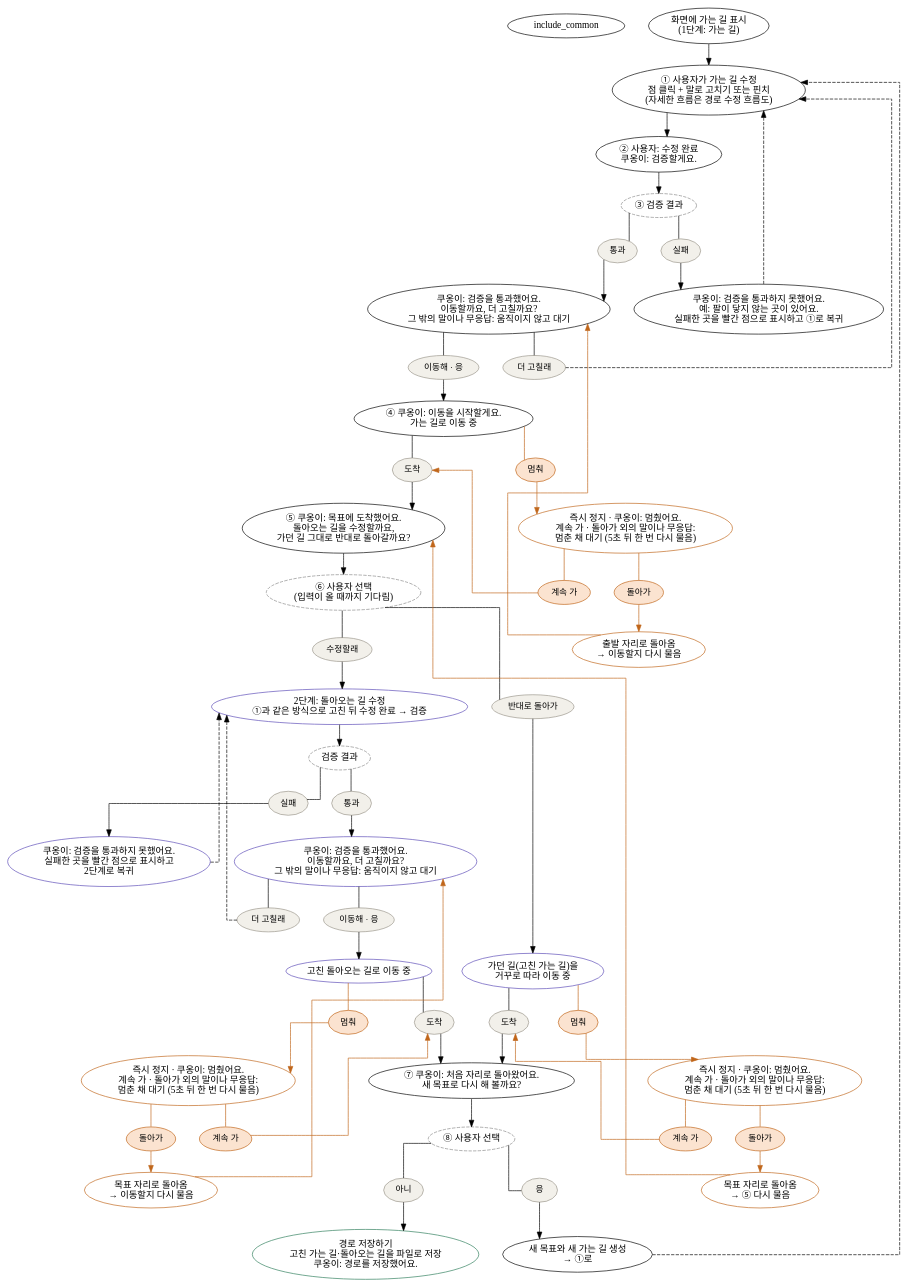
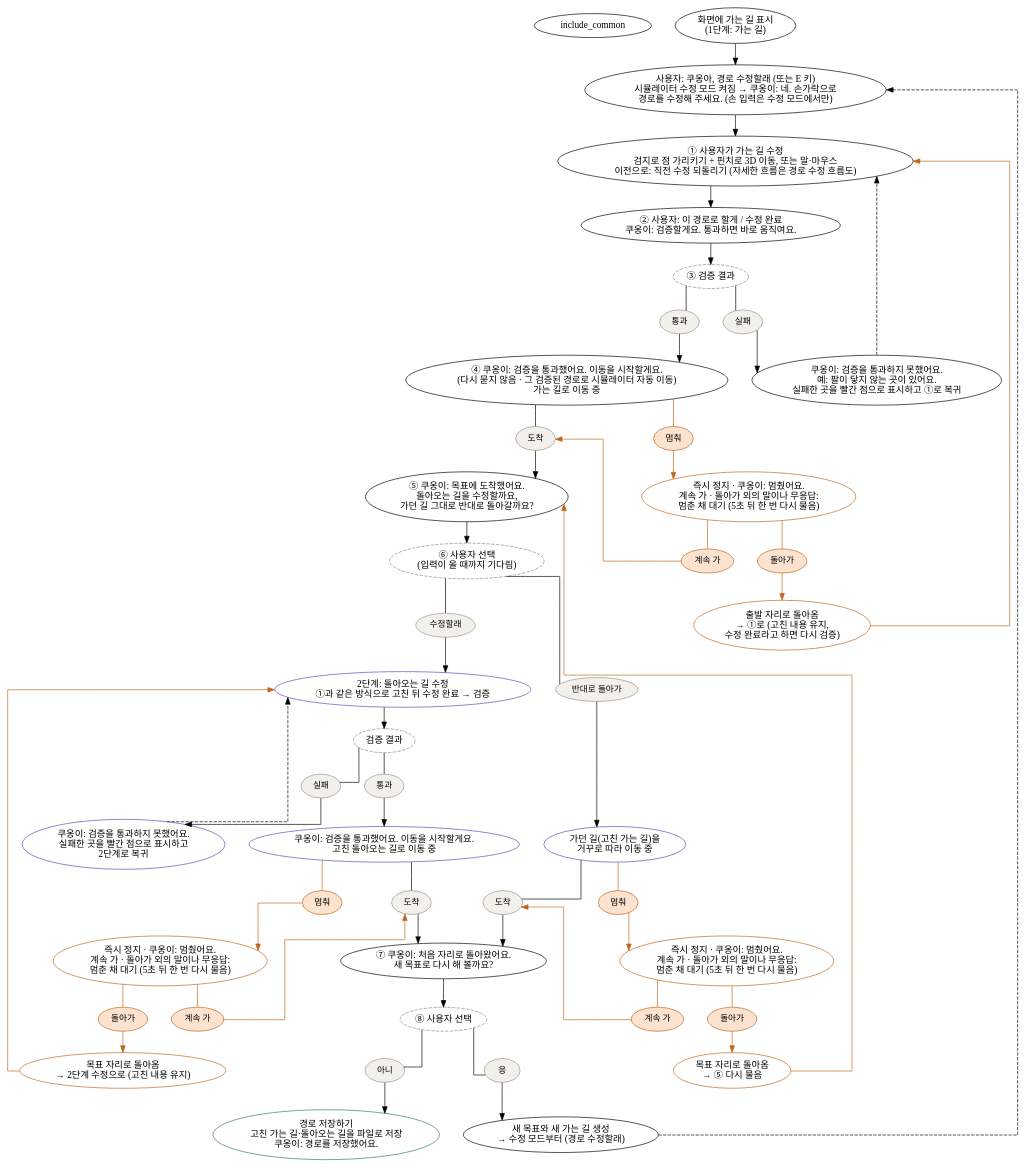
One commit to jaemin0319/ChatKHU changed the diagram in docs/flow/flow1_overall.dot. Above: the diagram before and after it, drawn with Graphviz. The commit also changed 13 other files, not shown here.

First line of the commit message:
Docs: setup / calibration / run / field tests for ~/pinch_khu_ws, new flow diagrams

```diff
--- a/docs/flow/flow1_overall.dot
+++ b/docs/flow/flow1_overall.dot
@@ -1,89 +1,80 @@
 digraph G {
   include_common
   graph [splines=ortho, nodesep=0.5, ranksep=0.45];
   start [label="화면에 가는 길 표시\n(1단계: 가는 길)"];
-  edit1 [label="① 사용자가 가는 길 수정\n점 클릭 + 말로 고치기 또는 핀치\n(자세한 흐름은 경로 수정 흐름도)"];
-  done1 [label="② 사용자: 수정 완료\n쿠옹이: 검증할게요."];
+  mode1 [label="사용자: 쿠옹아, 경로 수정할래 (또는 E 키)\n시뮬레이터 수정 모드 켜짐 → 쿠옹이: 네. 손가락으로\n경로를 수정해 주세요. (손 입력은 수정 모드에서만)"];
+  edit1 [label="① 사용자가 가는 길 수정\n검지로 점 가리키기 + 핀치로 3D 이동, 또는 말·마우스\n이전으로: 직전 수정 되돌리기 (자세한 흐름은 경로 수정 흐름도)"];
+  done1 [label="② 사용자: 이 경로로 할게 / 수정 완료\n쿠옹이: 검증할게요. 통과하면 바로 움직여요."];
   v1 [label="③ 검증 결과", style="rounded,dashed", fillcolor="white", color="#888888"];
   f1 [label="쿠옹이: 검증을 통과하지 못했어요.\n예: 팔이 닿지 않는 곳이 있어요.\n실패한 곳을 빨간 점으로 표시하고 ①로 복귀"];
-  ok1 [label="쿠옹이: 검증을 통과했어요.\n이동할까요, 더 고칠까요?\n그 밖의 말이나 무응답: 움직이지 않고 대기"];
-  m1 [label="④ 쿠옹이: 이동을 시작할게요.\n가는 길로 이동 중"];
+  m1 [label="④ 쿠옹이: 검증을 통과했어요. 이동을 시작할게요.\n(다시 묻지 않음 · 그 검증된 경로로 시뮬레이터 자동 이동)\n가는 길로 이동 중"];
   ask1 [label="⑤ 쿠옹이: 목표에 도착했어요.\n돌아오는 길을 수정할까요,\n가던 길 그대로 반대로 돌아갈까요?"];
   c1 [label="⑥ 사용자 선택\n(입력이 올 때까지 기다림)", style="rounded,dashed", fillcolor="white", color="#888888"];
   rev [label="가던 길(고친 가는 길)을\n거꾸로 따라 이동 중", fillcolor="#EEEBFB", color="#5B4BB7"];
   edit2 [label="2단계: 돌아오는 길 수정\n①과 같은 방식으로 고친 뒤 수정 완료 → 검증", fillcolor="#EEEBFB", color="#5B4BB7"];
   v2c [label="검증 결과", style="rounded,dashed", fillcolor="white", color="#888888"];
   f2 [label="쿠옹이: 검증을 통과하지 못했어요.\n실패한 곳을 빨간 점으로 표시하고\n2단계로 복귀", fillcolor="#EEEBFB", color="#5B4BB7"];
-  ok2 [label="쿠옹이: 검증을 통과했어요.\n이동할까요, 더 고칠까요?\n그 밖의 말이나 무응답: 움직이지 않고 대기", fillcolor="#EEEBFB", color="#5B4BB7"];
-  v2 [label="고친 돌아오는 길로 이동 중", fillcolor="#EEEBFB", color="#5B4BB7"];
+  v2 [label="쿠옹이: 검증을 통과했어요. 이동을 시작할게요.\n고친 돌아오는 길로 이동 중", fillcolor="#EEEBFB", color="#5B4BB7"];
   ask2 [label="⑦ 쿠옹이: 처음 자리로 돌아왔어요.\n새 목표로 다시 해 볼까요?"];
   c2 [label="⑧ 사용자 선택", style="rounded,dashed", fillcolor="white", color="#888888"];
-  newt [label="새 목표와 새 가는 길 생성\n→ ①로"];
+  newt [label="새 목표와 새 가는 길 생성\n→ 수정 모드부터 (경로 수정할래)"];
   save [label="경로 저장하기\n고친 가는 길·돌아오는 길을 파일로 저장\n쿠옹이: 경로를 저장했어요.", fillcolor="#E6F4EE", color="#2E7D5B"];
 
   node [fillcolor="#FDF0E6", color="#C0661A"];
   sA [label="즉시 정지 · 쿠옹이: 멈췄어요.\n계속 가 · 돌아가 외의 말이나 무응답:\n멈춘 채 대기 (5초 뒤 한 번 다시 물음)"];
-  bA [label="출발 자리로 돌아옴\n→ 이동할지 다시 물음"];
+  bA [label="출발 자리로 돌아옴\n→ ①로 (고친 내용 유지,\n수정 완료라고 하면 다시 검증)"];
   sB [label="즉시 정지 · 쿠옹이: 멈췄어요.\n계속 가 · 돌아가 외의 말이나 무응답:\n멈춘 채 대기 (5초 뒤 한 번 다시 물음)"];
   bB [label="목표 자리로 돌아옴\n→ ⑤ 다시 물음"];
   sC [label="즉시 정지 · 쿠옹이: 멈췄어요.\n계속 가 · 돌아가 외의 말이나 무응답:\n멈춘 채 대기 (5초 뒤 한 번 다시 물음)"];
-  bC [label="목표 자리로 돌아옴\n→ 이동할지 다시 물음"];
+  bC [label="목표 자리로 돌아옴\n→ 2단계 수정으로 (고친 내용 유지)"];
 
   node [style="rounded,filled", fillcolor="#F2F0EA", color="#9A968C", fontsize=13, margin="0.15,0.06", penwidth=1];
   p_fail [label="실패"]; p_pass [label="통과"]; p_fail2 [label="실패"]; p_pass2 [label="통과"];
   p_a1 [label="도착"]; p_a2 [label="도착"]; p_a3 [label="도착"];
   p_rev [label="반대로 돌아가"]; p_edit [label="수정할래"];
   p_yes [label="응"]; p_no [label="아니"];
-  p_go1 [label="이동해 · 응"]; p_more1 [label="더 고칠래"];
-  p_go2 [label="이동해 · 응"]; p_more2 [label="더 고칠래"];
   node [fillcolor="#FBE3D0", color="#C0661A"];
   p_s1 [label="멈춰"]; p_s2 [label="멈춰"]; p_s3 [label="멈춰"];
   aF [label="계속 가"]; aB [label="돌아가"];
   bF [label="계속 가"]; bBk [label="돌아가"];
   cF [label="계속 가"]; cBk [label="돌아가"];
 
-  start -> edit1 -> done1 -> v1;
-  v1 -> p_pass [arrowhead=none]; p_pass -> ok1;
-  ok1 -> p_go1 [arrowhead=none]; p_go1 -> m1;
-  ok1 -> p_more1 [arrowhead=none]; p_more1 -> edit1 [style=dashed, constraint=false];
+  start -> mode1 -> edit1 -> done1 -> v1;
+  v1 -> p_pass [arrowhead=none]; p_pass -> m1;
   v1 -> p_fail [arrowhead=none]; p_fail -> f1;
   f1 -> edit1 [style=dashed];
   m1 -> p_a1 [arrowhead=none]; p_a1 -> ask1;
   ask1 -> c1;
   c1 -> p_rev [arrowhead=none]; p_rev -> rev;
   c1 -> p_edit [arrowhead=none]; p_edit -> edit2 -> v2c;
-  v2c -> p_pass2 [arrowhead=none]; p_pass2 -> ok2;
-  ok2 -> p_go2 [arrowhead=none]; p_go2 -> v2;
-  ok2 -> p_more2 [arrowhead=none]; p_more2 -> edit2 [style=dashed, constraint=false];
+  v2c -> p_pass2 [arrowhead=none]; p_pass2 -> v2;
   v2c -> p_fail2 [arrowhead=none]; p_fail2 -> f2;
   f2 -> edit2 [style=dashed, constraint=false];
   rev -> p_a2 [arrowhead=none]; p_a2 -> ask2;
   v2 -> p_a3 [arrowhead=none]; p_a3 -> ask2;
   ask2 -> c2;
   c2 -> p_yes [arrowhead=none]; p_yes -> newt;
   c2 -> p_no [arrowhead=none]; p_no -> save;
-  newt -> edit1 [style=dashed, constraint=false];
+  newt -> mode1 [style=dashed, constraint=false];
 
   edge [color="#C0661A"];
   m1 -> p_s1 [arrowhead=none]; p_s1 -> sA;
   sA -> aF [arrowhead=none]; aF -> p_a1 [constraint=false];
   sA -> aB [arrowhead=none]; aB -> bA;
-  bA -> ok1 [constraint=false];
+  bA -> edit1 [constraint=false];
 
   rev -> p_s2 [arrowhead=none]; p_s2 -> sB;
   sB -> bF [arrowhead=none]; bF -> p_a2 [constraint=false];
   sB -> bBk [arrowhead=none]; bBk -> bB;
   bB -> ask1 [constraint=false];
 
   v2 -> p_s3 [arrowhead=none]; p_s3 -> sC;
   sC -> cF [arrowhead=none]; cF -> p_a3 [constraint=false];
   sC -> cBk [arrowhead=none]; cBk -> bC;
-  bC -> ok2 [constraint=false];
+  bC -> edit2 [constraint=false];
 
   {rank=same; p_a1; p_s1}
   {rank=same; p_a2; p_s2; p_a3; p_s3}
   {rank=same; p_pass -> p_fail [style=invis]}
-  {rank=same; p_go1 -> p_more1 [style=invis]}
   {rank=same; p_fail2 -> p_pass2 [style=invis]}
-  {rank=same; p_more2 -> p_go2 [style=invis]}
 }
```
